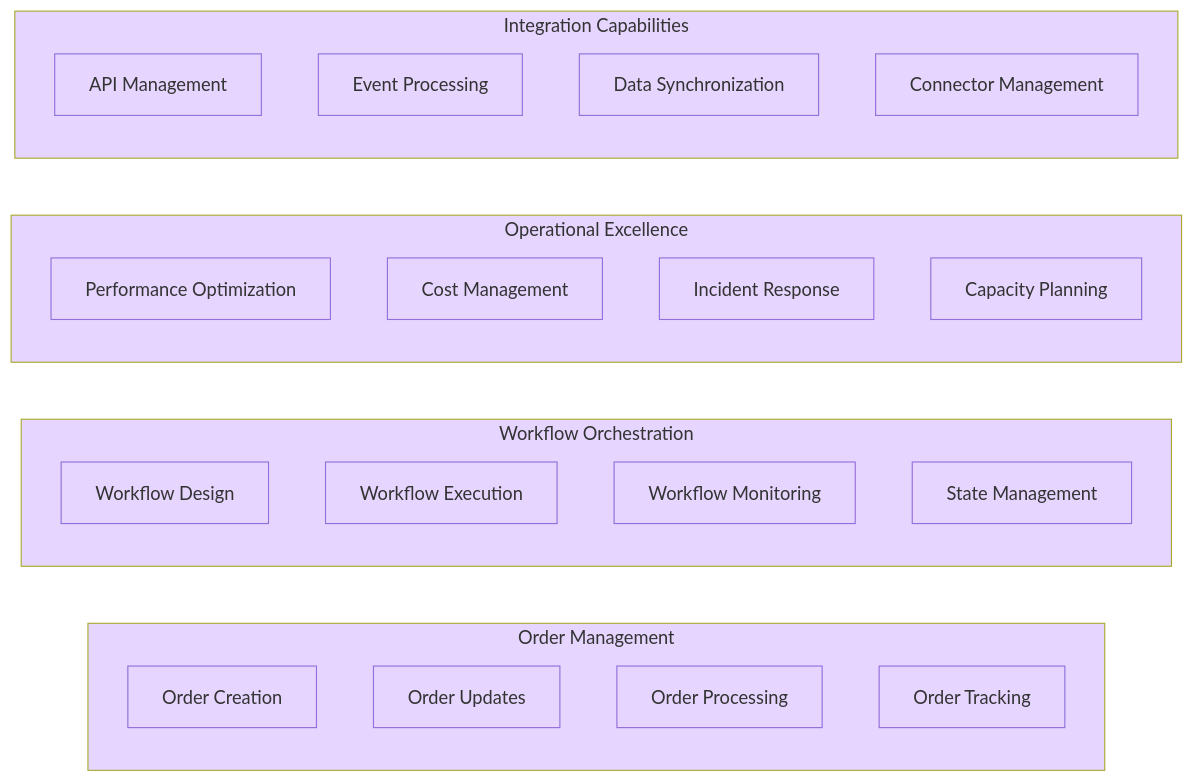
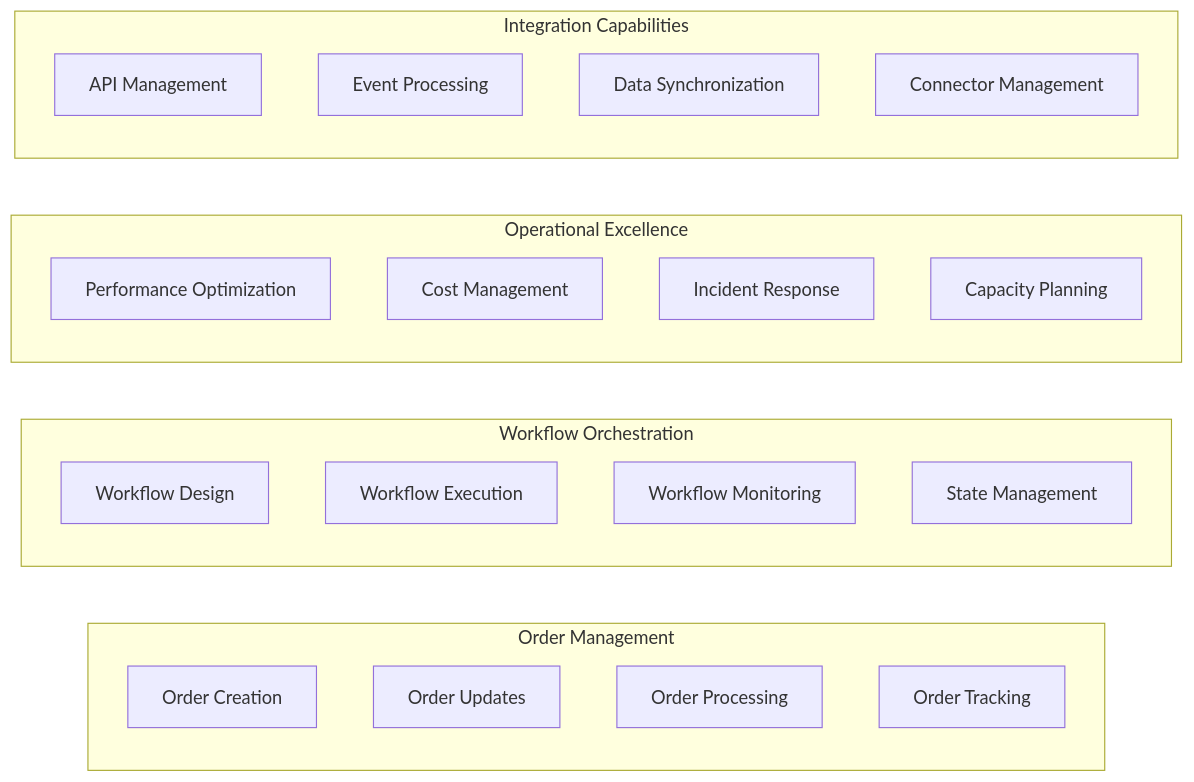
Before and after one commit to Evilazaro/Azure-LogicApps-Monitoring: the first of 12 diagrams in README.md, drawn with Mermaid. The commit also changed other lines of this file, not shown here.

Commit message:
refactor: remove redundant style definitions from flowcharts in README.md

````diff
--- a/README.md
+++ b/README.md
@@ -199,51 +199,30 @@
 ```mermaid
 flowchart LR
     subgraph OrderManagement["Order Management"]
         OrderCreation["Order Creation"]
         OrderUpdate["Order Updates"]
         OrderProcessing["Order Processing"]
         OrderTracking["Order Tracking"]
     end
     
     subgraph WorkflowOrchestration["Workflow Orchestration"]
         WorkflowDesign["Workflow Design"]
         WorkflowExecution["Workflow Execution"]
         WorkflowMonitoring["Workflow Monitoring"]
         StateManagement["State Management"]
     end
     
     subgraph OperationalExcellence["Operational Excellence"]
         PerformanceOptimization["Performance Optimization"]
         CostManagement["Cost Management"]
         IncidentResponse["Incident Response"]
         CapacityPlanning["Capacity Planning"]
     end
     
     subgraph Integration["Integration Capabilities"]
         APIManagement["API Management"]
         EventProcessing["Event Processing"]
         DataSynchronization["Data Synchronization"]
         ConnectorManagement["Connector Management"]
     end
-    
-    style OrderManagement fill:#E6D5FF
-    style WorkflowOrchestration fill:#E6D5FF
-    style OperationalExcellence fill:#E6D5FF
-    style Integration fill:#E6D5FF
-    style OrderCreation fill:#E6D5FF
-    style OrderUpdate fill:#E6D5FF
-    style OrderProcessing fill:#E6D5FF
-    style OrderTracking fill:#E6D5FF
-    style WorkflowDesign fill:#E6D5FF
-    style WorkflowExecution fill:#E6D5FF
-    style WorkflowMonitoring fill:#E6D5FF
-    style StateManagement fill:#E6D5FF
-    style PerformanceOptimization fill:#E6D5FF
-    style CostManagement fill:#E6D5FF
-    style IncidentResponse fill:#E6D5FF
-    style CapacityPlanning fill:#E6D5FF
-    style APIManagement fill:#E6D5FF
-    style EventProcessing fill:#E6D5FF
-    style DataSynchronization fill:#E6D5FF
-    style ConnectorManagement fill:#E6D5FF
 ```
````
